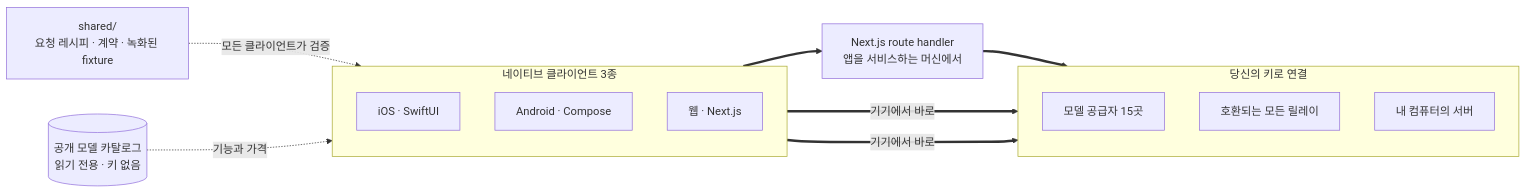
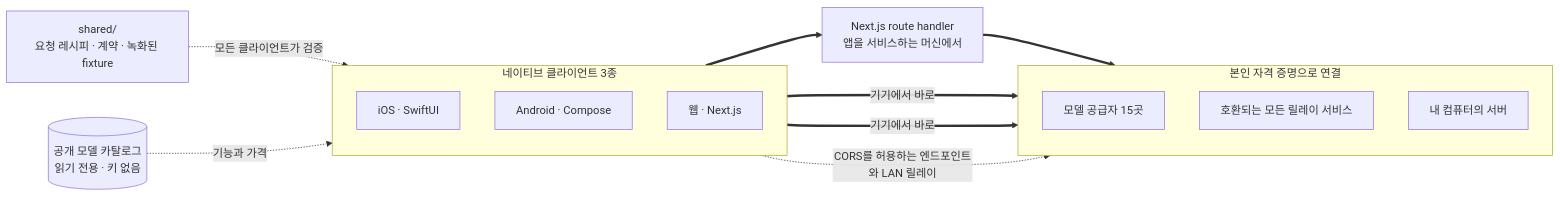
One commit to oriveo/oriveo changed the diagram in readme_i18n/ko/README.md. Above: the diagram before and after it, drawn with Mermaid. The commit also changed other lines of this file and 89 other files, not shown here.

````diff
--- a/readme_i18n/ko/README.md
+++ b/readme_i18n/ko/README.md
@@ -176,26 +186,27 @@
 ```mermaid
 flowchart LR
     shared["shared/<br/>요청 레시피 · 계약 · 녹화된 fixture"]
 
     subgraph clients ["네이티브 클라이언트 3종"]
         direction TB
         ios["iOS · SwiftUI"]
         android["Android · Compose"]
         web["웹 · Next.js"]
     end
 
     route["Next.js route handler<br/>앱을 서비스하는 머신에서"]
 
-    subgraph upstream ["당신의 키로 연결"]
+    subgraph upstream ["본인 자격 증명으로 연결"]
         official["모델 공급자 15곳"]
-        relay["호환되는 모든 릴레이"]
+        relay["호환되는 모든 릴레이 서비스"]
         local["내 컴퓨터의 서버"]
     end
 
     catalog[("공개 모델 카탈로그<br/>읽기 전용 · 키 없음")]
 
     shared -.->|"모든 클라이언트가 검증"| clients
     catalog -.->|"기능과 가격"| clients
     ios & android ==>|"기기에서 바로"| upstream
     web ==> route ==> upstream
+    web -.->|"CORS를 허용하는 엔드포인트와 LAN 릴레이"| upstream
 ```
````
